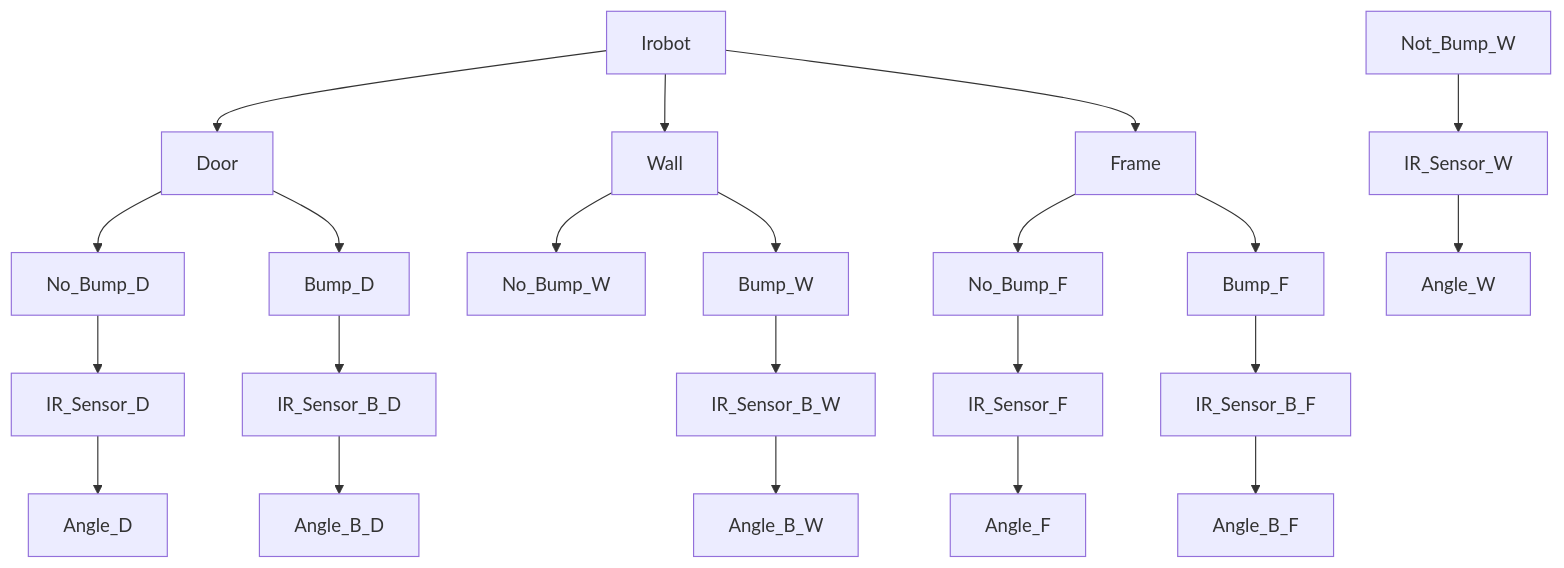
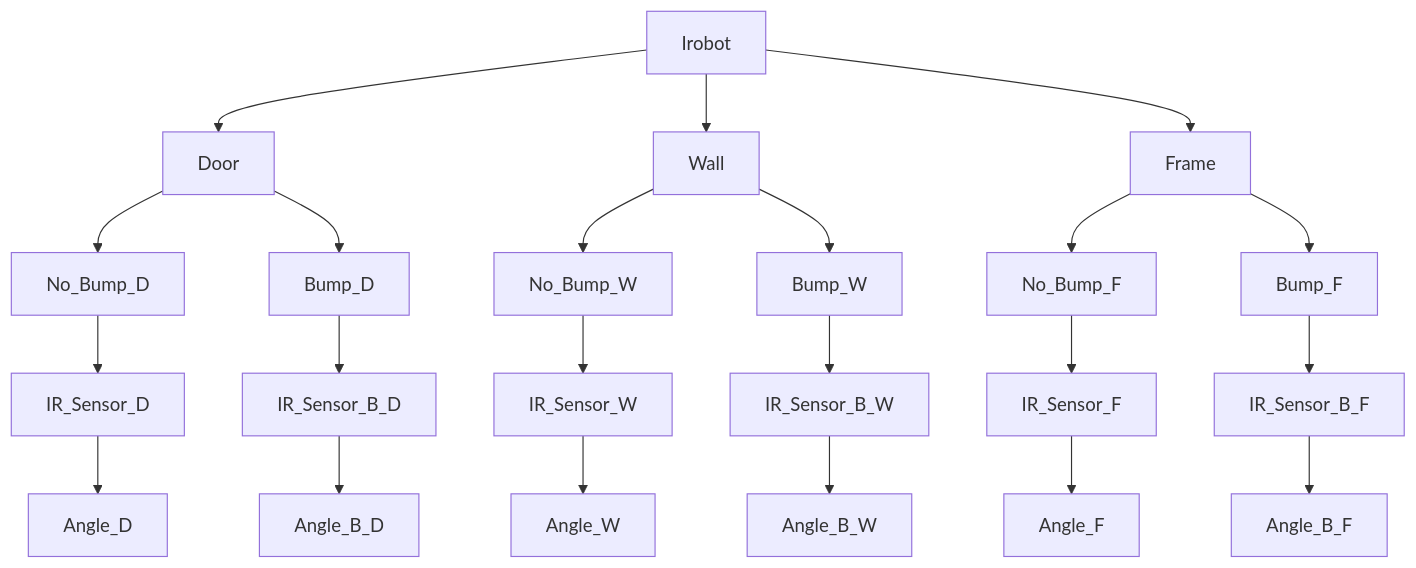
Before and after one commit to vamshireddy7008/CSE5694-IROBOT: the third of 3 diagrams in README.md, drawn with Mermaid. The commit also changed other lines of this file, not shown here.

````diff
--- a/README.md
+++ b/README.md
@@ -151,27 +151,27 @@
 ```mermaid
 graph TD;
     Irobot --> Door;
     Irobot --> Wall;
     Irobot --> Frame;
 
     Door --> No_Bump_D;
     Door --> Bump_D;
     No_Bump_D --> IR_Sensor_D;
     IR_Sensor_D-->Angle_D;
     Bump_D-->IR_Sensor_B_D;
     IR_Sensor_B_D-->Angle_B_D;
 
     Wall --> No_Bump_W;
     Wall --> Bump_W;
-    Not_Bump_W --> IR_Sensor_W;
+    No_Bump_W --> IR_Sensor_W;
     IR_Sensor_W-->Angle_W;
     Bump_W-->IR_Sensor_B_W;
     IR_Sensor_B_W-->Angle_B_W;
     
     Frame --> No_Bump_F;
     Frame --> Bump_F;
     No_Bump_F --> IR_Sensor_F;
     IR_Sensor_F-->Angle_F;
     Bump_F-->IR_Sensor_B_F;
     IR_Sensor_B_F-->Angle_B_F;
 ```
````
